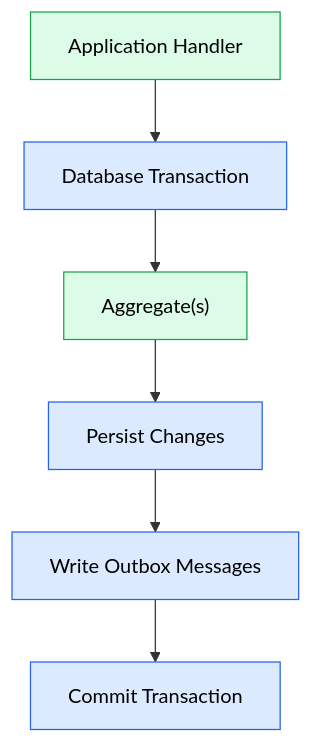
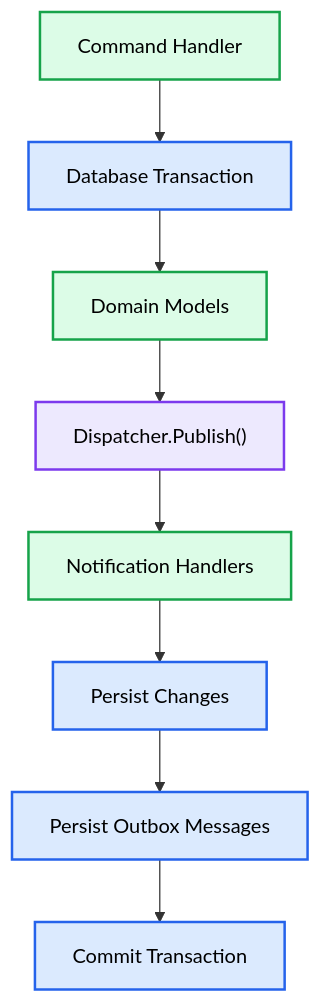
One commit to soufiane-rizk/Jobwize changed the first of 2 diagrams in docs/adr/008-transaction-boundary.md. Above: the diagram before and after it, drawn with Mermaid. The commit also changed other lines of this file and 9 other files, not shown here.

Commit message:
docs(adr): introduce custom module runtime and execution model architecture

````diff
--- a/docs/adr/008-transaction-boundary.md
+++ b/docs/adr/008-transaction-boundary.md
@@ -46,27 +50,35 @@
 ```mermaid
 flowchart TD
 
-    Handler["Application Handler"]
+    Handler["Command Handler"]
 
     Transaction["Database Transaction"]
 
-    Aggregates["Aggregate(s)"]
+    Domain["Domain Models"]
+
+    Notifications["Dispatcher.Publish()"]
+
+    NotificationHandlers["Notification Handlers"]
 
     Db["Persist Changes"]
 
-    Outbox["Write Outbox Messages"]
+    Outbox["Persist Outbox Messages"]
 
     Commit["Commit Transaction"]
 
     Handler --> Transaction
-    Transaction --> Aggregates
-    Aggregates --> Db
+    Transaction --> Domain
+    Domain --> Notifications
+    Notifications --> NotificationHandlers
+    NotificationHandlers --> Db
     Db --> Outbox
     Outbox --> Commit
 
-    classDef application fill:#dcfce7,stroke:#16a34a,color:#000;
-    classDef infrastructure fill:#dbeafe,stroke:#2563eb,color:#000;
+    classDef application fill:#dcfce7,stroke:#16a34a,color:#000,stroke-width:2px;
+    classDef runtime fill:#ede9fe,stroke:#7c3aed,color:#000,stroke-width:2px;
+    classDef infrastructure fill:#dbeafe,stroke:#2563eb,color:#000,stroke-width:2px;
 
-    class Handler,Aggregates application;
+    class Handler,Domain,NotificationHandlers application;
+    class Notifications runtime;
     class Transaction,Db,Outbox,Commit infrastructure;
 ```
````
